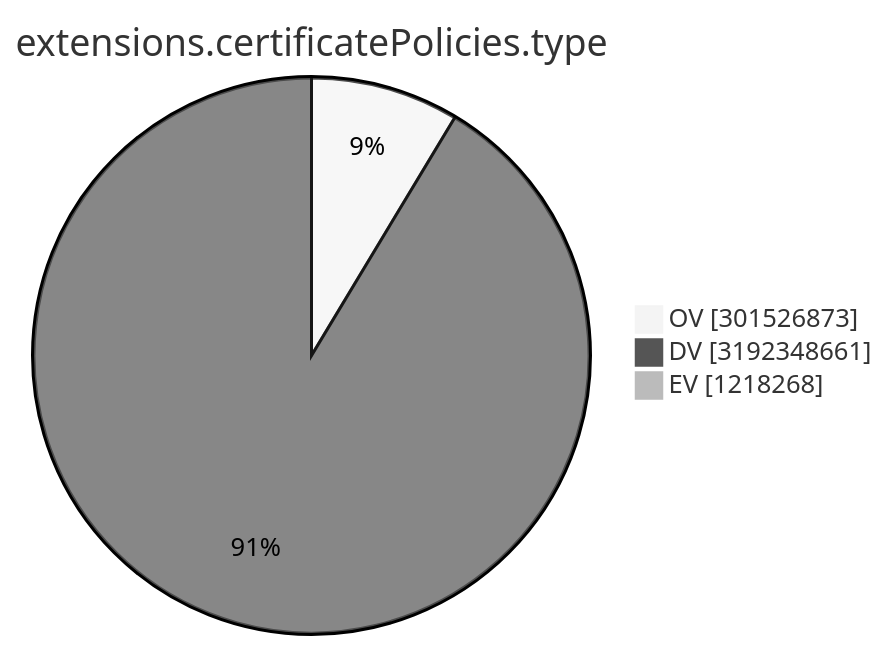
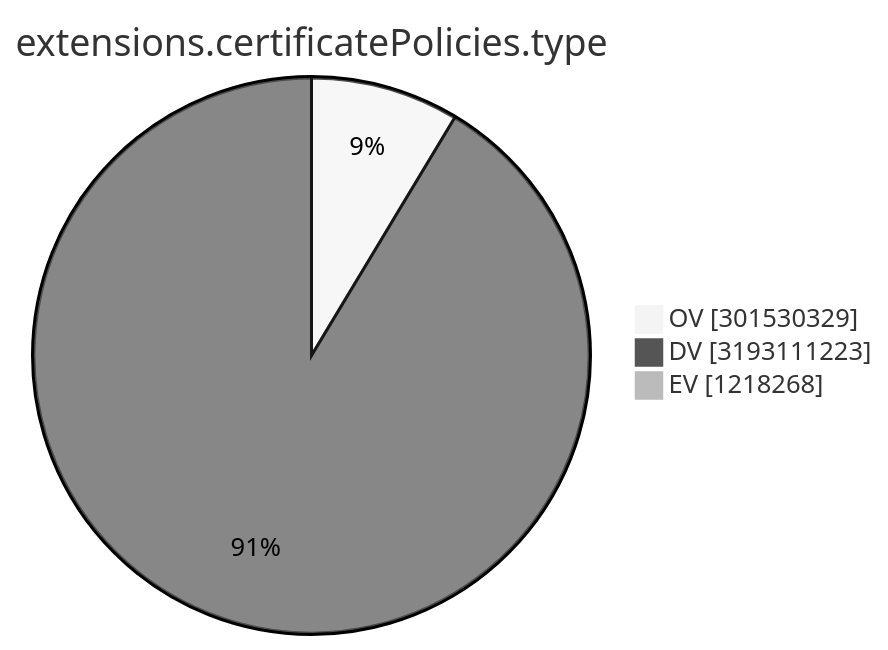
The ninth of 15 diagrams in TOTAL/README.md (christiankrug/ctmonitor_visualization), drawn with Mermaid (neutral theme) before and after one commit. The commit also changed other lines of this file, not shown here.

````diff
--- a/TOTAL/README.md
+++ b/TOTAL/README.md
@@ -3106,7 +3106,7 @@
 ```mermaid
 pie showData
 title extensions.certificatePolicies.type
-"OV" :301526873
-"DV" :3192348661
+"OV" :301530329
+"DV" :3193111223
 "EV" :1218268
 ```
````
